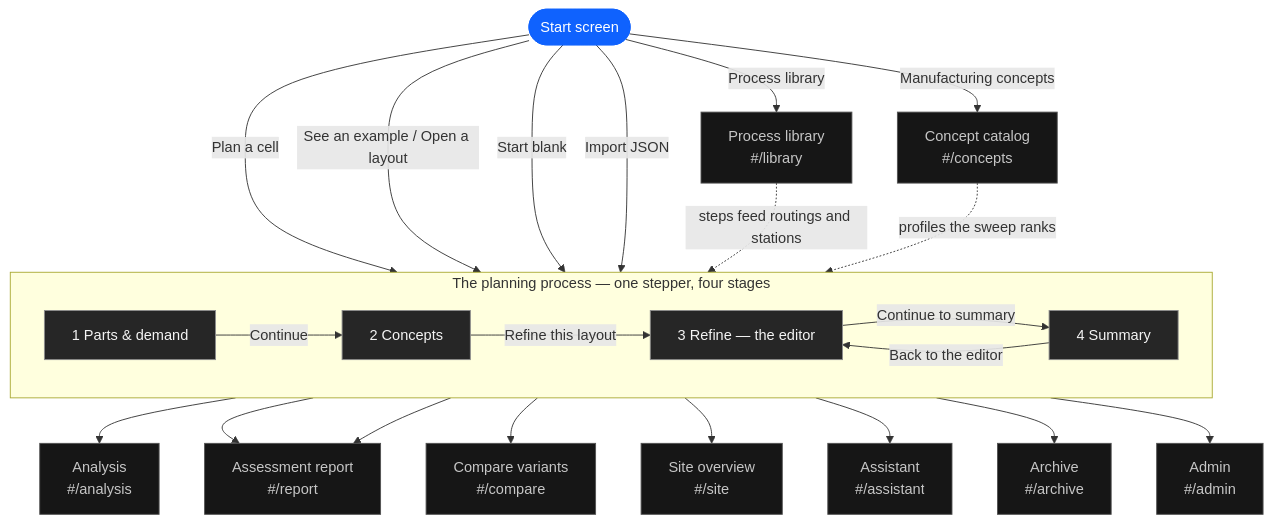
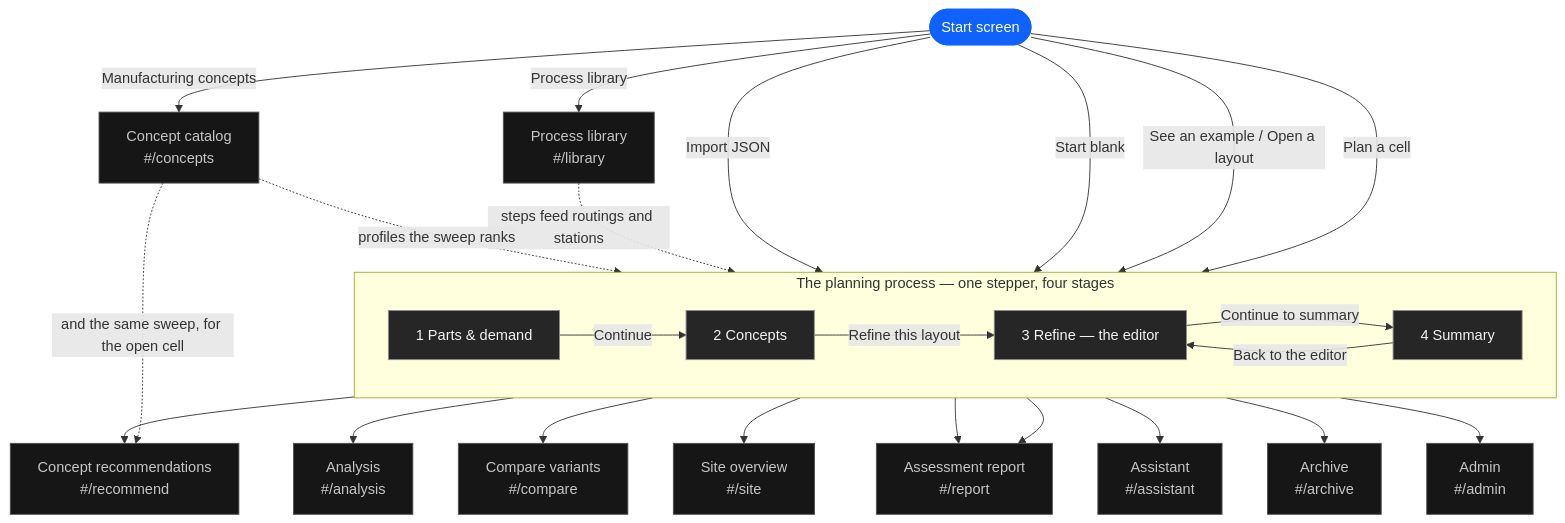
Before and after one commit to jakobgabriel/genai4floorplans: the first of 7 diagrams in docs/app-map.md, drawn with Mermaid. The commit also changed other lines of this file and 14 other files, not shown here.

````diff
--- a/docs/app-map.md
+++ b/docs/app-map.md
@@ -15,39 +15,41 @@
 ```mermaid
 flowchart TD
   START([Start screen]):::entry
 
   START -->|Plan a cell| DEMAND
   START -->|Process library| LIB[Process library<br/>#/library]:::page
   START -->|Manufacturing concepts| CON[Concept catalog<br/>#/concepts]:::page
   START -->|See an example / Open a layout| REFINE
   START -->|Start blank| REFINE
   START -->|Import JSON| REFINE
 
   subgraph FLOW["The planning process — one stepper, four stages"]
     direction LR
     DEMAND[1 Parts &amp; demand]:::stage
     CONCEPTS[2 Concepts]:::stage
     REFINE[3 Refine — the editor]:::stage
     SUMMARY[4 Summary]:::stage
     DEMAND -->|Continue| CONCEPTS
     CONCEPTS -->|Refine this layout| REFINE
     REFINE -->|Continue to summary| SUMMARY
     SUMMARY -->|Back to the editor| REFINE
   end
 
+  REFINE --> RECO["Concept recommendations<br/>#/recommend"]:::page
   REFINE --> ANALYSIS[Analysis<br/>#/analysis]:::page
   REFINE --> REPORT[Assessment report<br/>#/report]:::page
   REFINE --> COMPARE[Compare variants<br/>#/compare]:::page
   REFINE --> SITE[Site overview<br/>#/site]:::page
   REFINE --> ASSIST[Assistant<br/>#/assistant]:::page
   REFINE --> ARCHIVE[Archive<br/>#/archive]:::page
   REFINE --> ADMIN[Admin<br/>#/admin]:::page
   SUMMARY --> REPORT
 
   LIB -.->|steps feed routings and stations| DEMAND
   CON -.->|profiles the sweep ranks| CONCEPTS
+  CON -.->|and the same sweep, for the open cell| RECO
 
   classDef entry fill:#0f62fe,stroke:#0f62fe,color:#fff
   classDef stage fill:#262626,stroke:#8d8d8d,color:#f4f4f4
   classDef page fill:#161616,stroke:#525252,color:#c6c6c6
 ```
````
